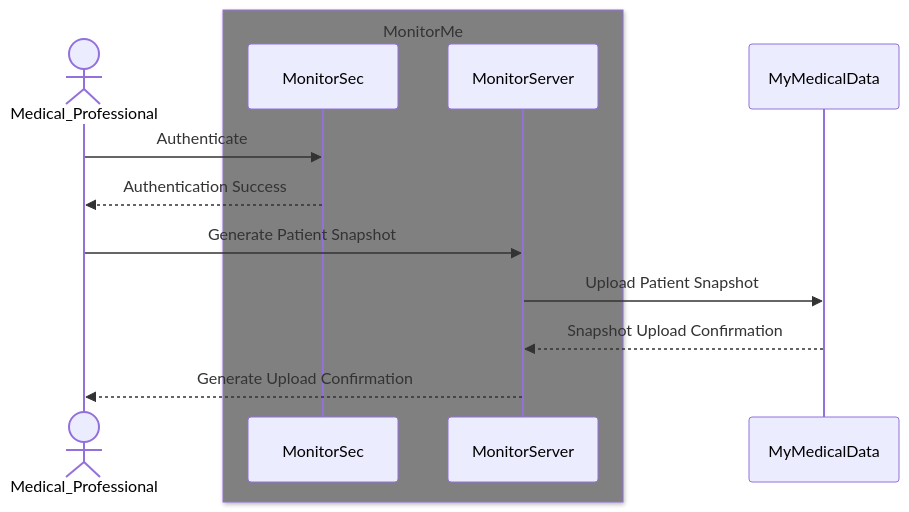
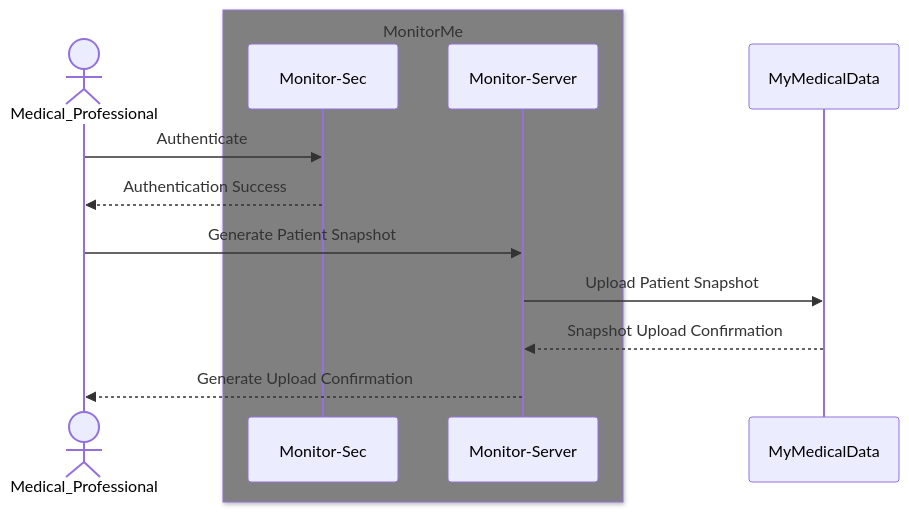
Before and after one commit to gael-jurin/ARTIK: the second of 4 diagrams in 2.DetailedSolution/2.ProposedScenarios.md, drawn with Mermaid. The commit also changed other lines of this file, not shown here.

````diff
--- a/2.DetailedSolution/2.ProposedScenarios.md
+++ b/2.DetailedSolution/2.ProposedScenarios.md
@@ -89,15 +89,15 @@
 ```mermaid
 sequenceDiagram
     actor Medical_Professional
     box Gray MonitorMe
-    participant MonitorSec
-    participant MonitorServer
+    participant Monitor-Sec
+    participant Monitor-Server
     end
     participant MyMedicalData
-    Medical_Professional ->> MonitorSec: Authenticate
-    MonitorSec -->> Medical_Professional: Authentication Success
-    Medical_Professional ->> MonitorServer: Generate Patient Snapshot
-    MonitorServer ->> MyMedicalData: Upload Patient Snapshot
-    MyMedicalData -->> MonitorServer: Snapshot Upload Confirmation
-    MonitorServer -->> Medical_Professional: Generate Upload Confirmation
+    Medical_Professional ->> Monitor-Sec: Authenticate
+    Monitor-Sec -->> Medical_Professional: Authentication Success
+    Medical_Professional ->> Monitor-Server: Generate Patient Snapshot
+    Monitor-Server ->> MyMedicalData: Upload Patient Snapshot
+    MyMedicalData -->> Monitor-Server: Snapshot Upload Confirmation
+    Monitor-Server -->> Medical_Professional: Generate Upload Confirmation
 ```
````
